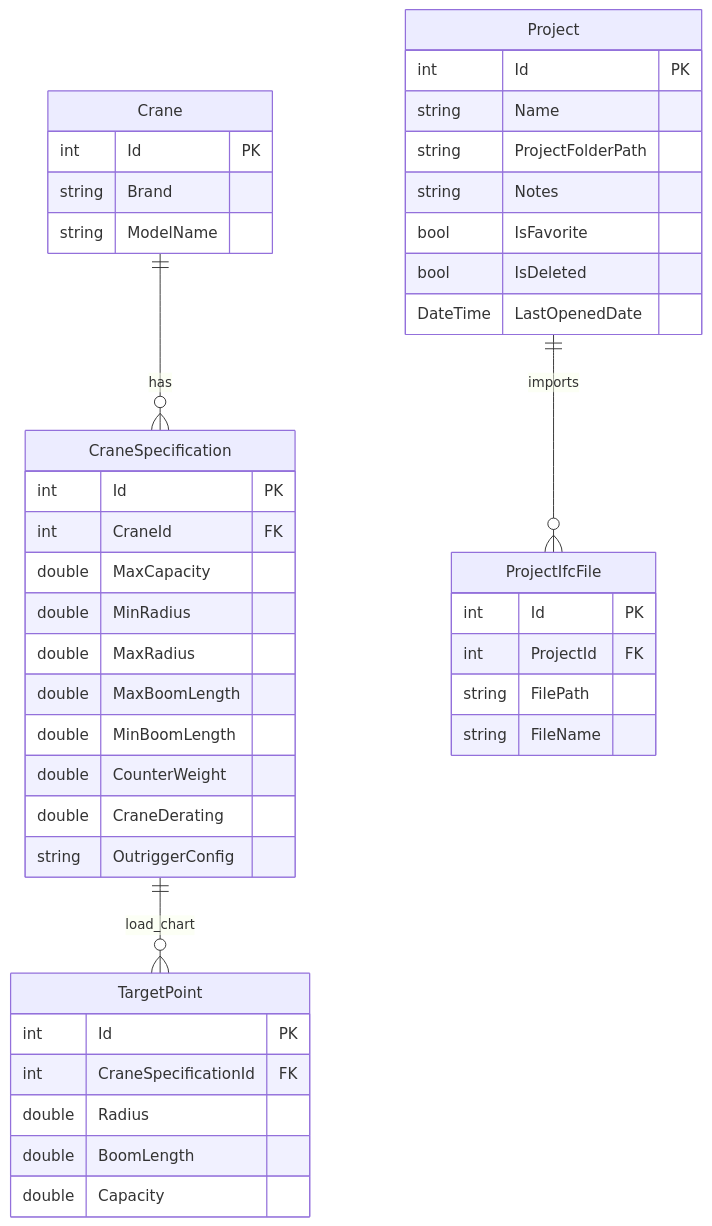
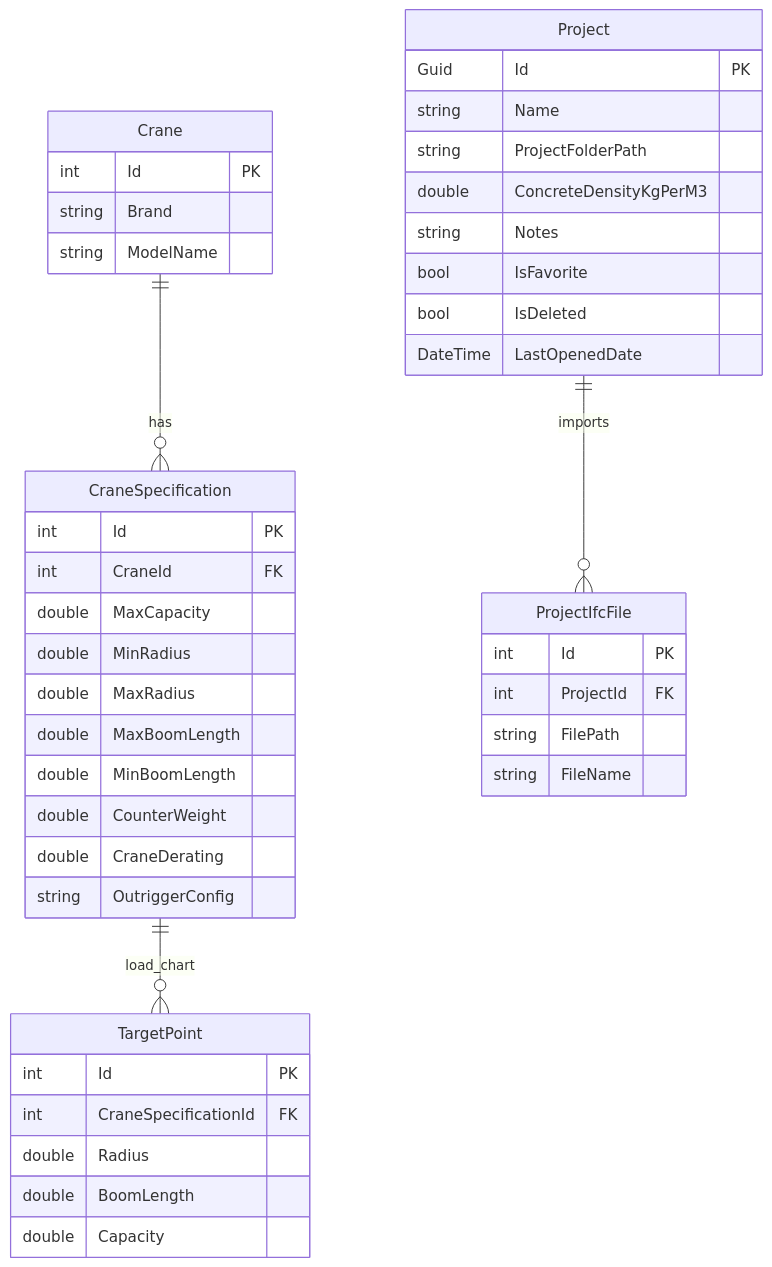
One commit to ITI-intake46/CranePathOptimizer changed the first of 2 diagrams in docs/architecture/database.md. Above: the diagram before and after it, drawn with Mermaid. The commit also changed other lines of this file and 23 other files, not shown here.

````diff
--- a/docs/architecture/database.md
+++ b/docs/architecture/database.md
@@ -15,46 +15,47 @@
 ```mermaid
 erDiagram
     Crane ||--o{ CraneSpecification : has
     CraneSpecification ||--o{ TargetPoint : load_chart
     Project ||--o{ ProjectIfcFile : imports
 
     Crane {
         int Id PK
         string Brand
         string ModelName
     }
     CraneSpecification {
         int Id PK
         int CraneId FK
         double MaxCapacity
         double MinRadius
         double MaxRadius
         double MaxBoomLength
         double MinBoomLength
         double CounterWeight
         double CraneDerating
         string OutriggerConfig
     }
     TargetPoint {
         int Id PK
         int CraneSpecificationId FK
         double Radius
         double BoomLength
         double Capacity
     }
     Project {
-        int Id PK
+        Guid Id PK
         string Name
         string ProjectFolderPath
+        double ConcreteDensityKgPerM3
         string Notes
         bool IsFavorite
         bool IsDeleted
         DateTime LastOpenedDate
     }
     ProjectIfcFile {
         int Id PK
         int ProjectId FK
         string FilePath
         string FileName
     }
 ```
````
